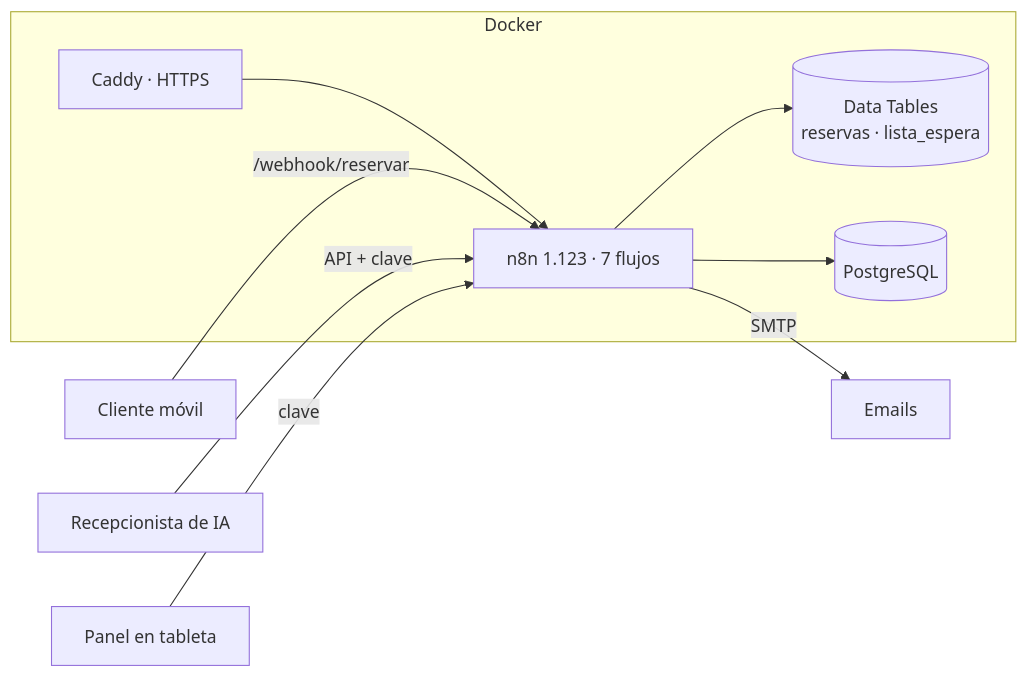
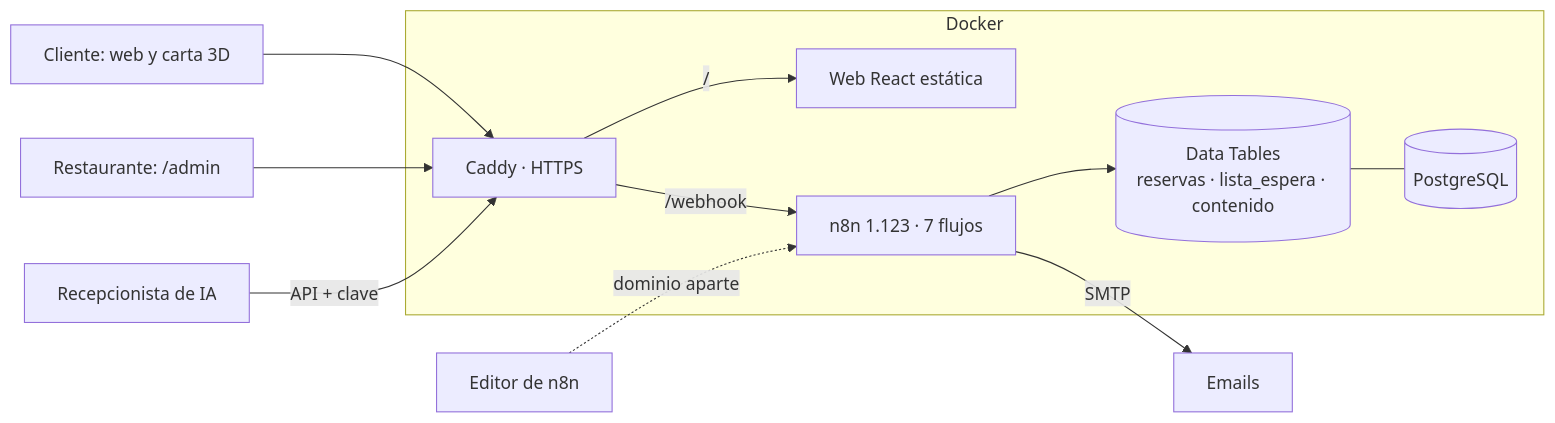
One commit to hodeione/reservas-n8n changed the diagram in README.md. Above: the diagram before and after it, drawn with Mermaid. The commit also changed other lines of this file and 123 other files, not shown here.

First line of the commit message:
Web del restaurante con plano de mesas, carta en 3D y panel sin código

````diff
--- a/README.md
+++ b/README.md
@@ -37,12 +68,14 @@
 ```mermaid
 flowchart LR
-  C[Cliente móvil] -->|/webhook/reservar| N8N
-  IA[Recepcionista de IA] -->|API + clave| N8N
-  P[Panel en tableta] -->|clave| N8N
+  C[Cliente: web y carta 3D] --> CADDY
+  A[Restaurante: /admin] --> CADDY
+  IA[Recepcionista de IA] -->|API + clave| CADDY
   subgraph Docker
-    N8N[n8n 1.123 · 7 flujos] --> DT[(Data Tables<br/>reservas · lista_espera)]
-    N8N --> PG[(PostgreSQL)]
-    CADDY[Caddy · HTTPS] --> N8N
+    CADDY[Caddy · HTTPS] -->|/| WEB[Web React estática]
+    CADDY -->|/webhook| N8N[n8n 1.123 · 7 flujos]
+    N8N --> DT[(Data Tables<br/>reservas · lista_espera · contenido)]
+    DT --- PG[(PostgreSQL)]
   end
   N8N -->|SMTP| M[Emails]
+  E[Editor de n8n] -.dominio aparte.-> N8N
 ```
````
